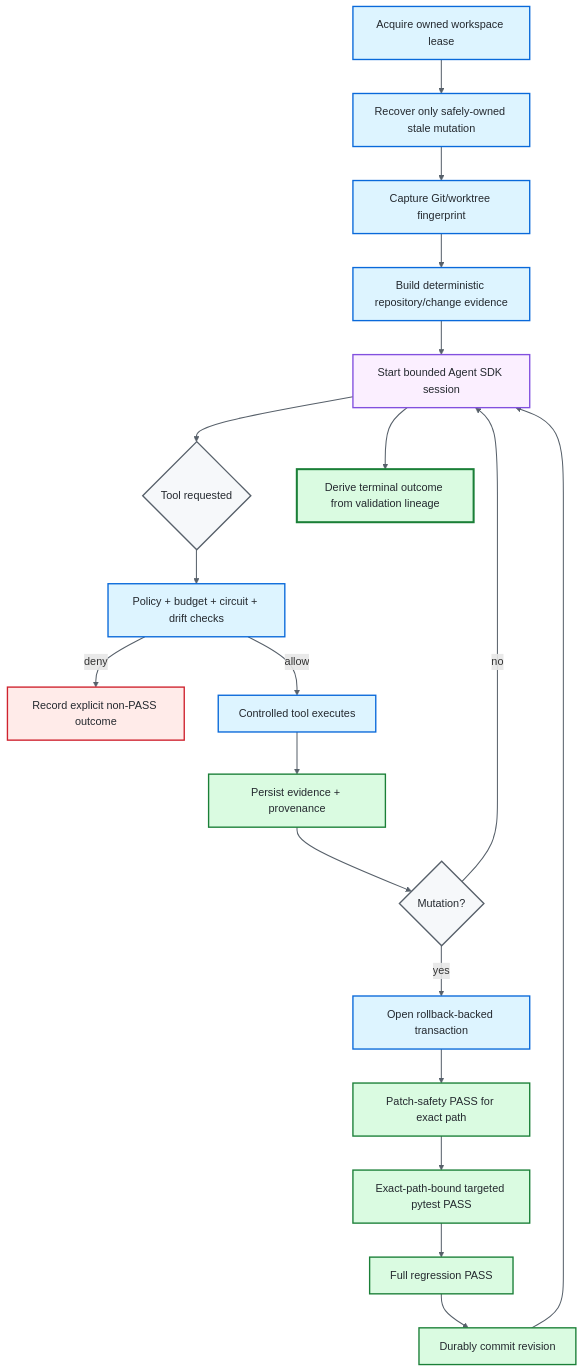
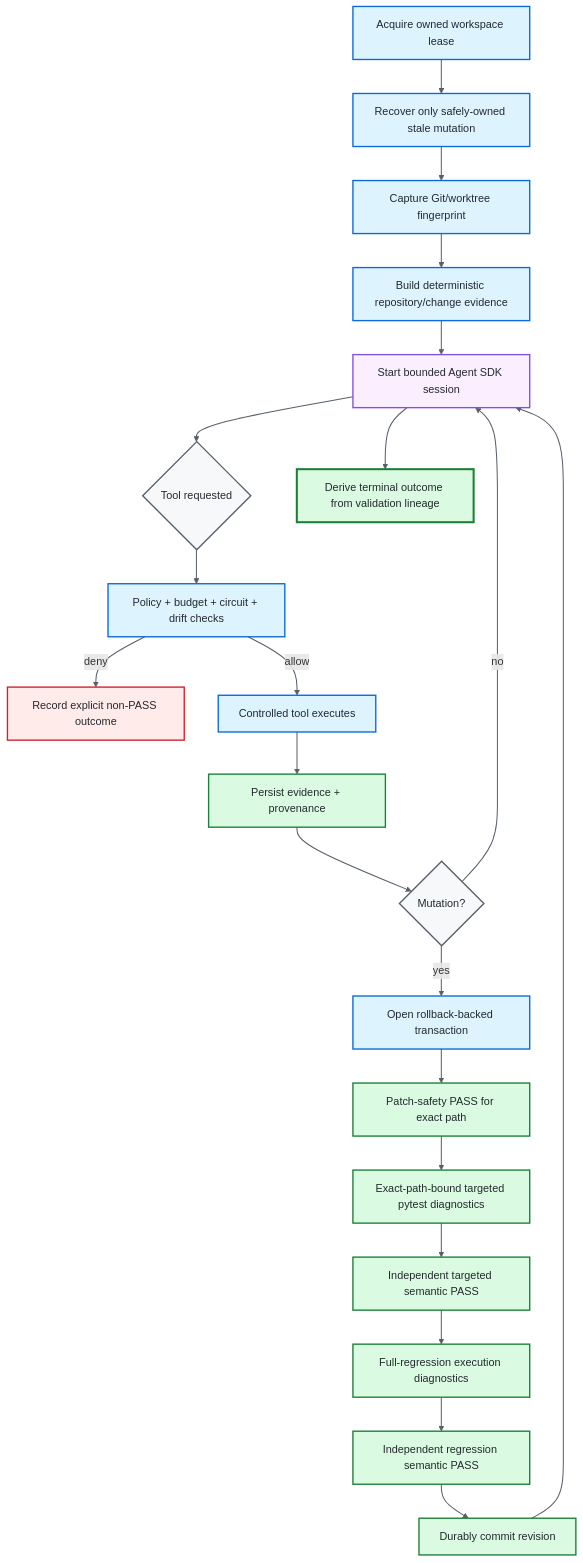
Before and after one commit to portyu9/ai-qa-automation: the third of 4 diagrams in README.md, drawn with Mermaid. The commit also changed other lines of this file, not shown here.

Commit message:
Align README with independent pytest semantic authority

````diff
--- a/README.md
+++ b/README.md
@@ -343,39 +344,41 @@
 ```mermaid
 flowchart TD
     accTitle: Evidence-first runtime lifecycle with transactional mutation closure
-    accDescr: The runtime acquires and validates workspace ownership, builds deterministic evidence, starts bounded advisory reasoning, authorizes every tool request, persists provenance, and requires exact-path patch safety, targeted pytest, and full regression before a mutated revision can persist.
+    accDescr: The runtime acquires and validates workspace ownership, builds deterministic evidence, starts bounded advisory reasoning, authorizes every tool request, persists provenance, and requires exact-path patch safety plus independently trusted targeted and full-regression executed-test semantics before a mutated revision can persist.
 
     A[Acquire owned workspace lease] --> B[Recover only safely-owned stale mutation]
     B --> C[Capture Git/worktree fingerprint]
     C --> D[Build deterministic repository/change evidence]
     D --> E[Start bounded Agent SDK session]
     E --> F{Tool requested}
     F --> G[Policy + budget + circuit + drift checks]
     G -->|deny| H[Record explicit non-PASS outcome]
     G -->|allow| I[Controlled tool executes]
     I --> J[Persist evidence + provenance]
     J --> K{Mutation?}
     K -->|no| E
     K -->|yes| L[Open rollback-backed transaction]
     L --> M[Patch-safety PASS for exact path]
-    M --> N[Exact-path-bound targeted pytest PASS]
-    N --> O[Full regression PASS]
-    O --> P[Durably commit revision]
-    P --> E
+    M --> N[Exact-path-bound targeted pytest diagnostics]
+    N --> O[Independent targeted semantic PASS]
+    O --> P[Full-regression execution diagnostics]
+    P --> R[Independent regression semantic PASS]
+    R --> S[Durably commit revision]
+    S --> E
     E --> Q[Derive terminal outcome from validation lineage]
 
     classDef control fill:#ddf4ff,stroke:#0969da,color:#24292f,stroke-width:2px
     classDef advisory fill:#fbefff,stroke:#8250df,color:#24292f,stroke-width:2px
     classDef decision fill:#f6f8fa,stroke:#57606a,color:#24292f,stroke-width:2px
     classDef denied fill:#ffebe9,stroke:#cf222e,color:#24292f,stroke-width:2px
     classDef evidence fill:#dafbe1,stroke:#1a7f37,color:#24292f,stroke-width:2px
     classDef terminal fill:#dafbe1,stroke:#1a7f37,color:#24292f,stroke-width:3px
 
     class A,B,C,D,G,I,L control
     class E advisory
     class F,K decision
     class H denied
-    class J,M,N,O,P evidence
+    class J,M,N,O,P,R,S evidence
     class Q terminal
     linkStyle default stroke:#57606a,stroke-width:1.5px
 ```
````
